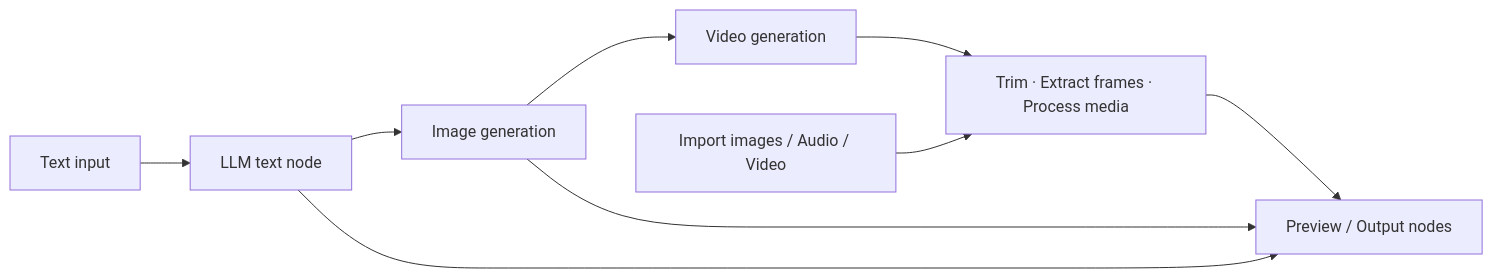
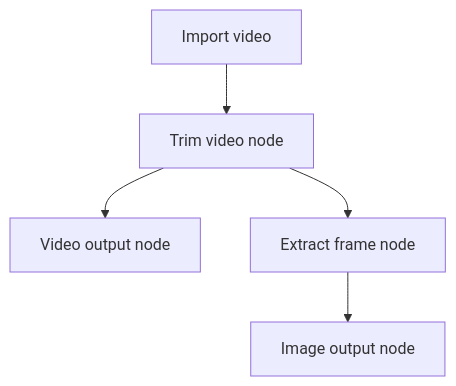
Diagram 11 of 18 in README.en.md (GTJasonMK/A4N), drawn with Mermaid before and after one commit. The commit also changed other lines of this file and 2 other files, not shown here.

First line of the commit message:
docs: fix README diagram flows and mobile readability

````diff
--- a/README.en.md
+++ b/README.en.md
@@ -175,13 +193,9 @@
 ```mermaid
-flowchart LR
-  accTitle: Freeform canvas node workflow
-  accDescr: Text and media enter connected generation or processing nodes and end in previews or outputs. The actual workflow follows the nodes connected by the author.
-  text["Text input"] --> llm["LLM text node"]
-  llm --> image["Image generation"]
-  image --> video["Video generation"]
-  imported["Import images / Audio / Video"] --> process["Trim · Extract frames · Process media"]
-  video --> process
-  process --> output["Preview / Output nodes"]
-  llm --> output
-  image --> output
+flowchart TB
+  accTitle: Freeform canvas video processing example
+  accDescr: An imported video passes through a trim node, then can feed either video output or frame extraction. Extracted frames are images and connect to image output. Images and audio cannot directly enter a video trim node.
+  imported["Import video"] --> trim["Trim video node"]
+  trim --> video["Video output node"]
+  trim --> frame["Extract frame node"]
+  frame --> image["Image output node"]
 ```
````
